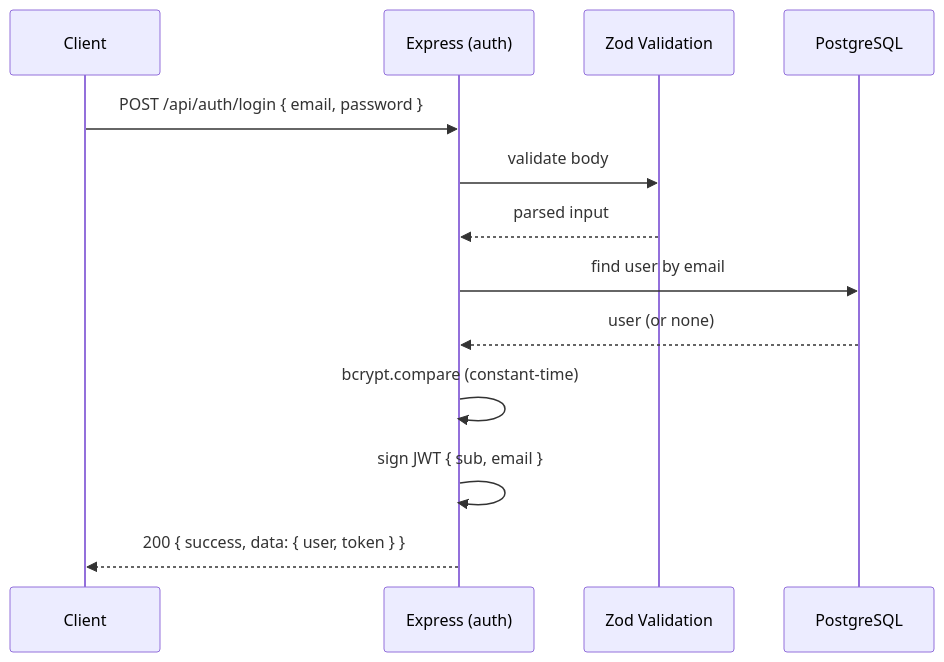
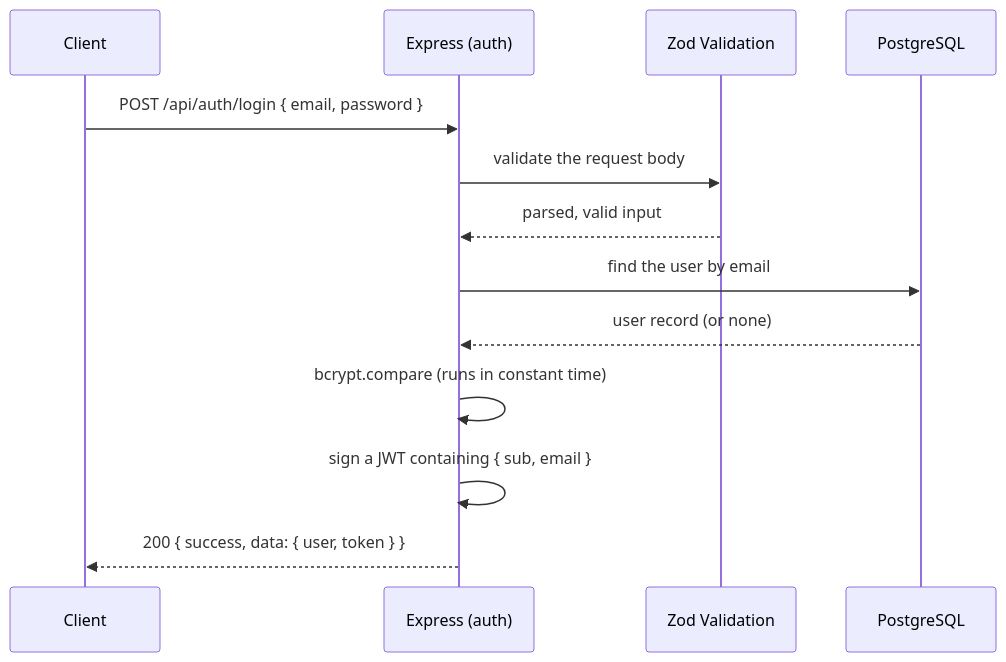
Before and after one commit to vaishnaviinit/DevFlow: the third of 6 diagrams in README.md, drawn with Mermaid. The commit also changed other lines of this file and 2 other files, not shown here.

````diff
--- a/README.md
+++ b/README.md
@@ -303,16 +380,16 @@
 ```mermaid
 sequenceDiagram
     participant C as Client
     participant A as Express (auth)
     participant V as Zod Validation
     participant DB as PostgreSQL
 
     C->>A: POST /api/auth/login { email, password }
-    A->>V: validate body
-    V-->>A: parsed input
-    A->>DB: find user by email
-    DB-->>A: user (or none)
-    A->>A: bcrypt.compare (constant-time)
-    A->>A: sign JWT { sub, email }
+    A->>V: validate the request body
+    V-->>A: parsed, valid input
+    A->>DB: find the user by email
+    DB-->>A: user record (or none)
+    A->>A: bcrypt.compare (runs in constant time)
+    A->>A: sign a JWT containing { sub, email }
     A-->>C: 200 { success, data: { user, token } }
 ```
````
